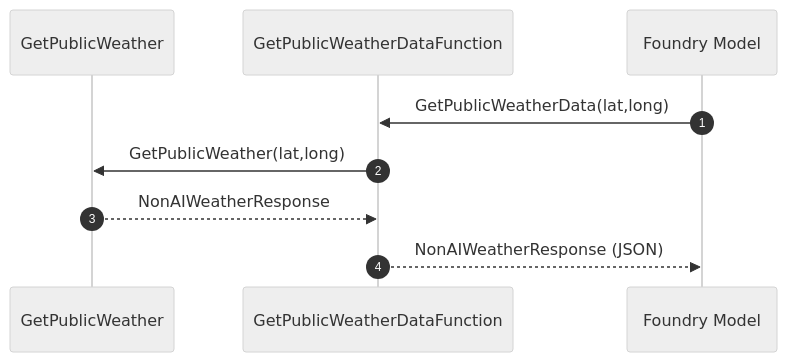
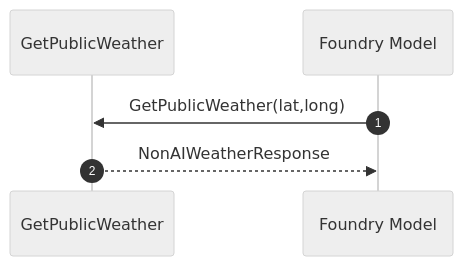
Before and after one commit to dustinkorzaan/weather-1116: the first of 4 diagrams in docs/3-foundry-mcp/agents-models-mcp.md, drawn with Mermaid (neutral theme). The commit also changed other lines of this file, not shown here.

Commit message:
Remove redundant GetPublicWeatherDataFunction from V3 diagrams

````diff
--- a/docs/3-foundry-mcp/agents-models-mcp.md
+++ b/docs/3-foundry-mcp/agents-models-mcp.md
@@ -53,12 +53,9 @@
   ```mermaid
   sequenceDiagram
       autonumber
       participant GetPublicWeather
-      participant Function as GetPublicWeatherDataFunction
       participant Model as Foundry Model
 
-      Model->>Function: GetPublicWeatherData(lat,long)
-      Function->>GetPublicWeather: GetPublicWeather(lat,long)
-      GetPublicWeather-->>Function: NonAIWeatherResponse
-      Function-->>Model: NonAIWeatherResponse (JSON)
+      Model->>GetPublicWeather: GetPublicWeather(lat,long)
+      GetPublicWeather-->>Model: NonAIWeatherResponse
   ```
````
